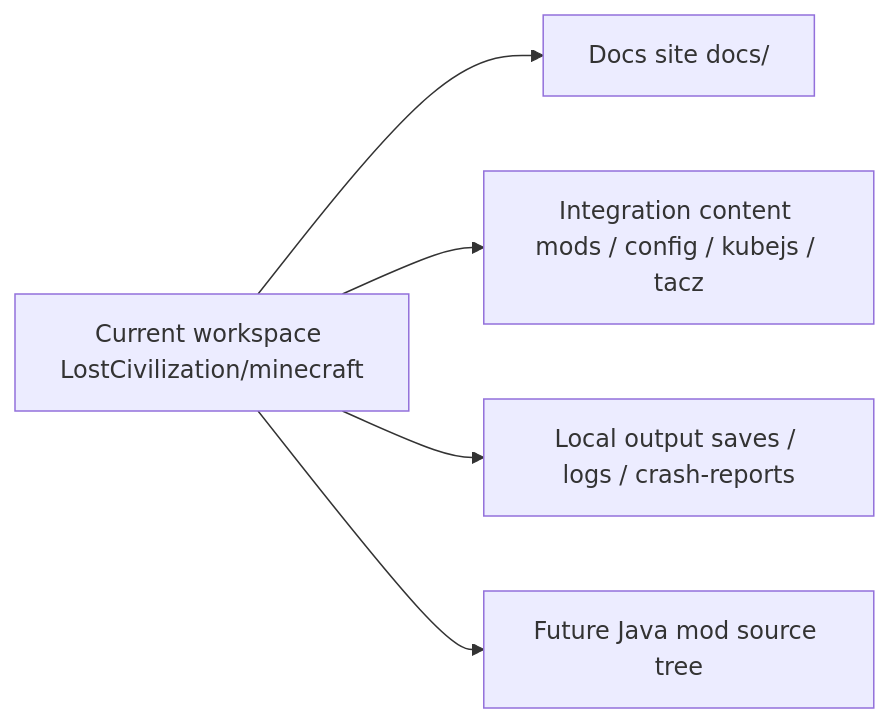
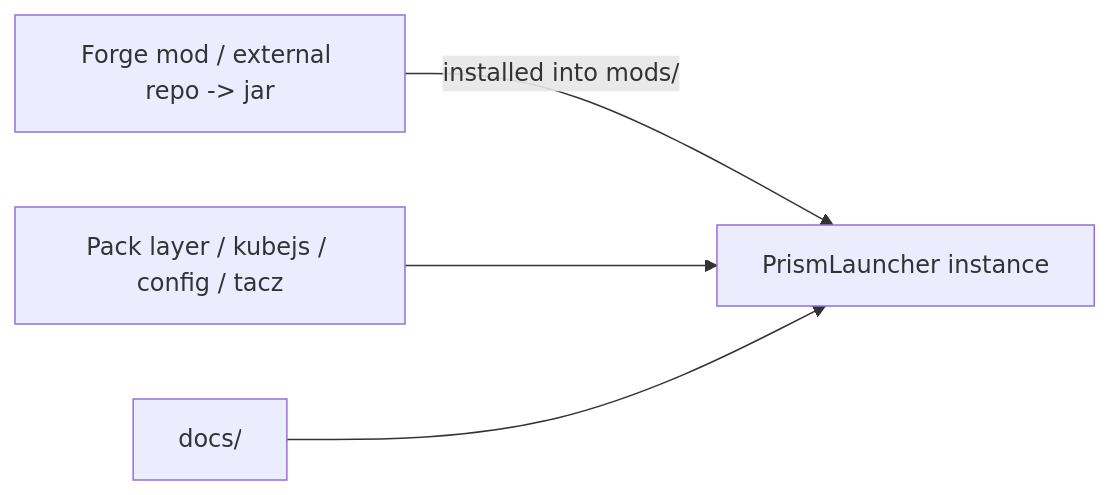
Before and after one commit to PickAID/LostCivilization: the diagram in docs/src/en-US/Developing/Architecture.md, drawn with Mermaid. The commit also changed other lines of this file and 98 other files, not shown here.

````diff
--- a/docs/src/en-US/Developing/Architecture.md
+++ b/docs/src/en-US/Developing/Architecture.md
@@ -11,7 +17,6 @@
 ```mermaid
 flowchart LR
-    Root["Current workspace LostCivilization/minecraft"] --> Docs["Docs site docs/"]
-    Root --> Pack["Integration content mods / config / kubejs / tacz"]
-    Root --> Local["Local output saves / logs / crash-reports"]
-    Root --> Future["Future Java mod source tree"]
+    JavaMod["Forge mod / external repo -> jar"] -->|"installed into mods/"| Instance["PrismLauncher instance"]
+    Pack["Pack layer / kubejs / config / tacz"] --> Instance
+    Docs["docs/"] --> Instance
 ```
````
